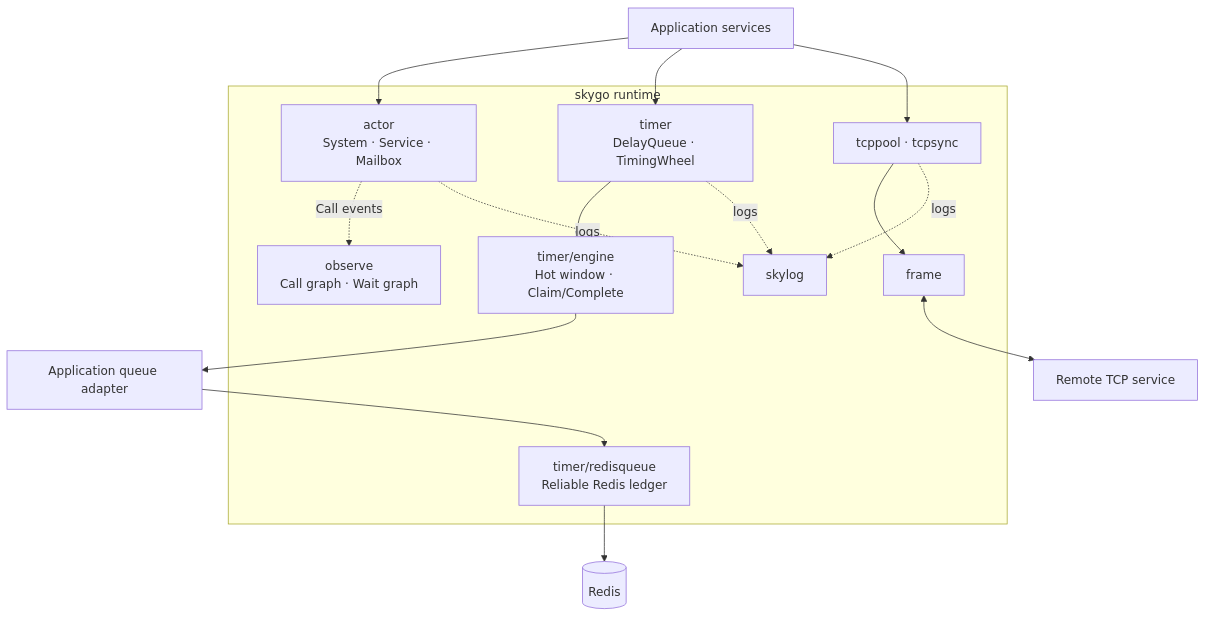
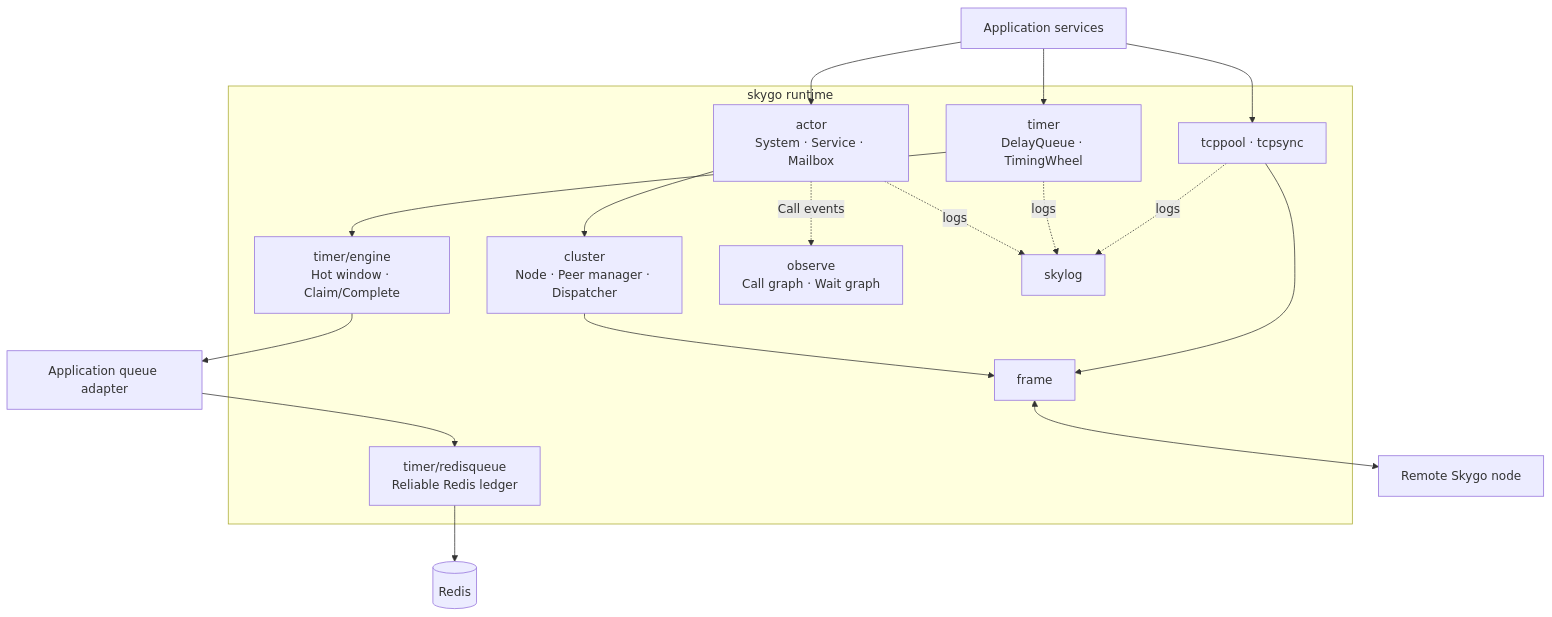
Before and after one commit to scott4game/skygo: the first of 2 diagrams in README.md, drawn with Mermaid. The commit also changed other lines of this file and 15 other files, not shown here.

````diff
--- a/README.md
+++ b/README.md
@@ -25,33 +28,36 @@
 ```mermaid
 flowchart TB
     App[Application services]
 
     subgraph Runtime[skygo runtime]
         Actor[actor<br/>System · Service · Mailbox]
+        Cluster[cluster<br/>Node · Peer manager · Dispatcher]
         Timer[timer<br/>DelayQueue · TimingWheel]
         Engine[timer/engine<br/>Hot window · Claim/Complete]
         RedisTimer[timer/redisqueue<br/>Reliable Redis ledger]
         Observe[observe<br/>Call graph · Wait graph]
         TCP[tcppool · tcpsync]
         Frame[frame]
         Log[skylog]
     end
 
     Redis[(Redis)]
     Adapter[Application queue adapter]
-    Peer[Remote TCP service]
+    Peer[Remote Skygo node]
 
     App --> Actor
+    Actor --> Cluster
     App --> Timer
     App --> TCP
     Timer --> Engine
     Engine --> Adapter
     Adapter --> RedisTimer
     RedisTimer --> Redis
     Actor -. Call events .-> Observe
+    Cluster --> Frame
     TCP --> Frame
     Frame <--> Peer
     Actor -. logs .-> Log
     Timer -. logs .-> Log
     TCP -. logs .-> Log
 ```
````
